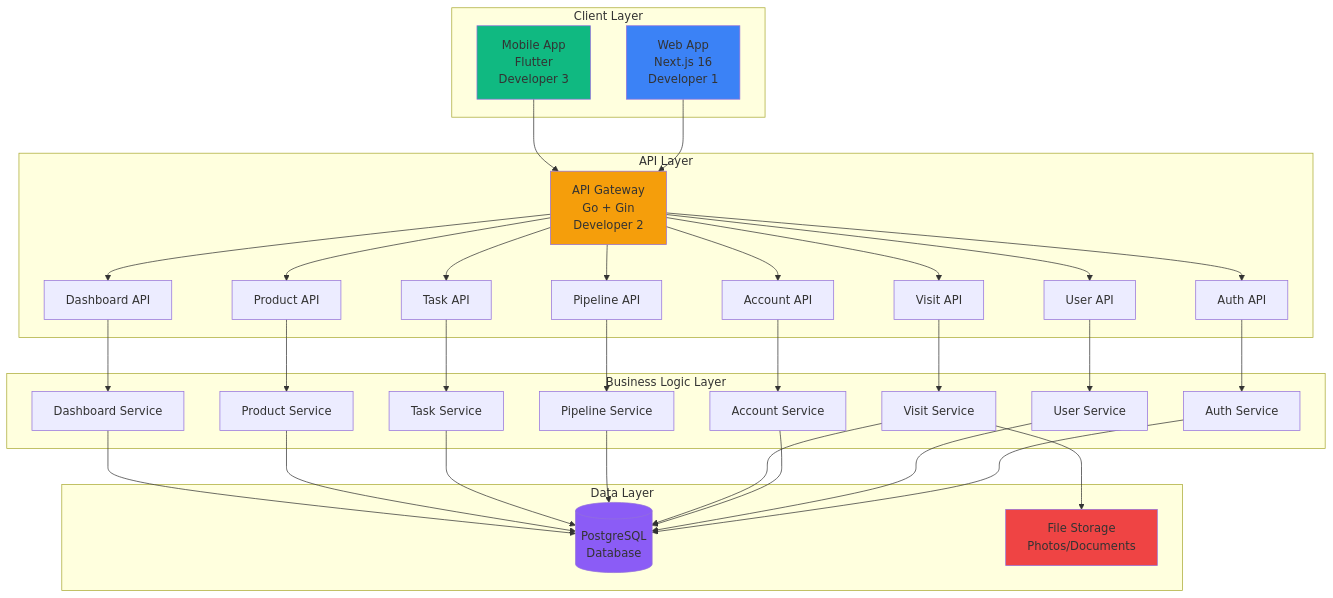
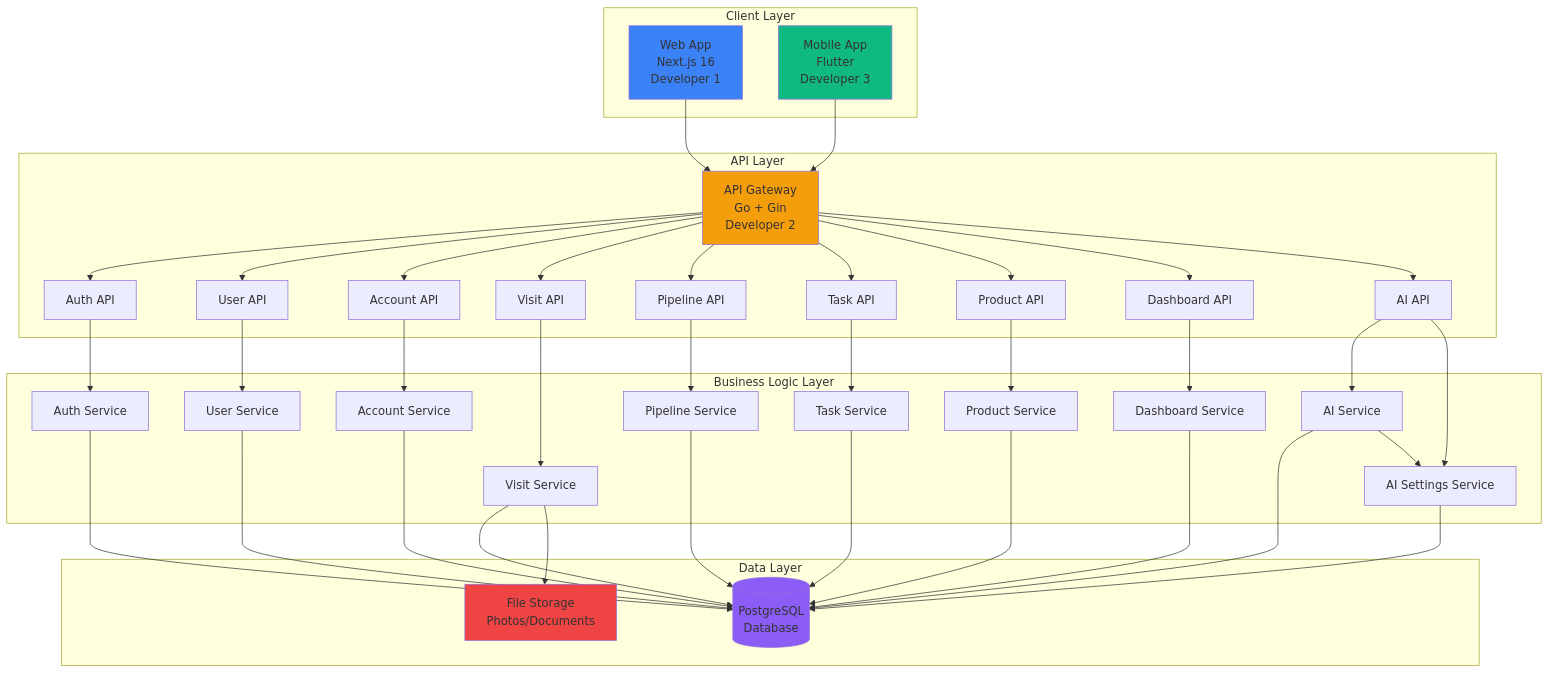
Before and after one commit to Gilabs-Studio/crm-healthcare: diagram 13 of 14 in docs/PROJECT_DIAGRAMS.md, drawn with Mermaid. The commit also changed other lines of this file and 20 other files, not shown here.

Commit message:
feat(ai): implement AI settings management with CRUD operations; enhance chatbot functionality to utilize AI settings for model selection and data privacy controls; add UI components for configuring AI provider, model, and API key; integrate usage tracking and display current usage statistics.

````diff
--- a/docs/PROJECT_DIAGRAMS.md
+++ b/docs/PROJECT_DIAGRAMS.md
@@ -575,72 +591,81 @@
 ```mermaid
 graph TB
     subgraph "Client Layer"
         WEB_APP[Web App<br/>Next.js 16<br/>Developer 1]
         MOBILE_APP[Mobile App<br/>Flutter<br/>Developer 3]
     end
     
     subgraph "API Layer"
         API_GATEWAY[API Gateway<br/>Go + Gin<br/>Developer 2]
         AUTH_API[Auth API]
         USER_API[User API]
         ACCOUNT_API[Account API]
         VISIT_API[Visit API]
         PIPELINE_API[Pipeline API]
         TASK_API[Task API]
         PRODUCT_API[Product API]
         DASHBOARD_API[Dashboard API]
+        AI_API[AI API]
     end
     
     subgraph "Business Logic Layer"
         AUTH_SVC[Auth Service]
         USER_SVC[User Service]
         ACCOUNT_SVC[Account Service]
         VISIT_SVC[Visit Service]
         PIPELINE_SVC[Pipeline Service]
         TASK_SVC[Task Service]
         PRODUCT_SVC[Product Service]
         DASHBOARD_SVC[Dashboard Service]
+        AI_SVC[AI Service]
+        AI_SETTINGS_SVC[AI Settings Service]
     end
     
     subgraph "Data Layer"
         DB[(PostgreSQL<br/>Database)]
         FILE_STORAGE[File Storage<br/>Photos/Documents]
     end
     
     WEB_APP --> API_GATEWAY
     MOBILE_APP --> API_GATEWAY
     
     API_GATEWAY --> AUTH_API
     API_GATEWAY --> USER_API
     API_GATEWAY --> ACCOUNT_API
     API_GATEWAY --> VISIT_API
     API_GATEWAY --> PIPELINE_API
     API_GATEWAY --> TASK_API
     API_GATEWAY --> PRODUCT_API
     API_GATEWAY --> DASHBOARD_API
+    API_GATEWAY --> AI_API
     
     AUTH_API --> AUTH_SVC
     USER_API --> USER_SVC
     ACCOUNT_API --> ACCOUNT_SVC
     VISIT_API --> VISIT_SVC
     PIPELINE_API --> PIPELINE_SVC
     TASK_API --> TASK_SVC
     PRODUCT_API --> PRODUCT_SVC
     DASHBOARD_API --> DASHBOARD_SVC
+    AI_API --> AI_SVC
+    AI_API --> AI_SETTINGS_SVC
     
     AUTH_SVC --> DB
     USER_SVC --> DB
     ACCOUNT_SVC --> DB
     VISIT_SVC --> DB
     VISIT_SVC --> FILE_STORAGE
     PIPELINE_SVC --> DB
     TASK_SVC --> DB
     PRODUCT_SVC --> DB
     DASHBOARD_SVC --> DB
+    AI_SVC --> DB
+    AI_SETTINGS_SVC --> DB
+    AI_SVC --> AI_SETTINGS_SVC
     
     style WEB_APP fill:#3b82f6
     style MOBILE_APP fill:#10b981
     style API_GATEWAY fill:#f59e0b
     style DB fill:#8b5cf6
     style FILE_STORAGE fill:#ef4444
 ```
````
